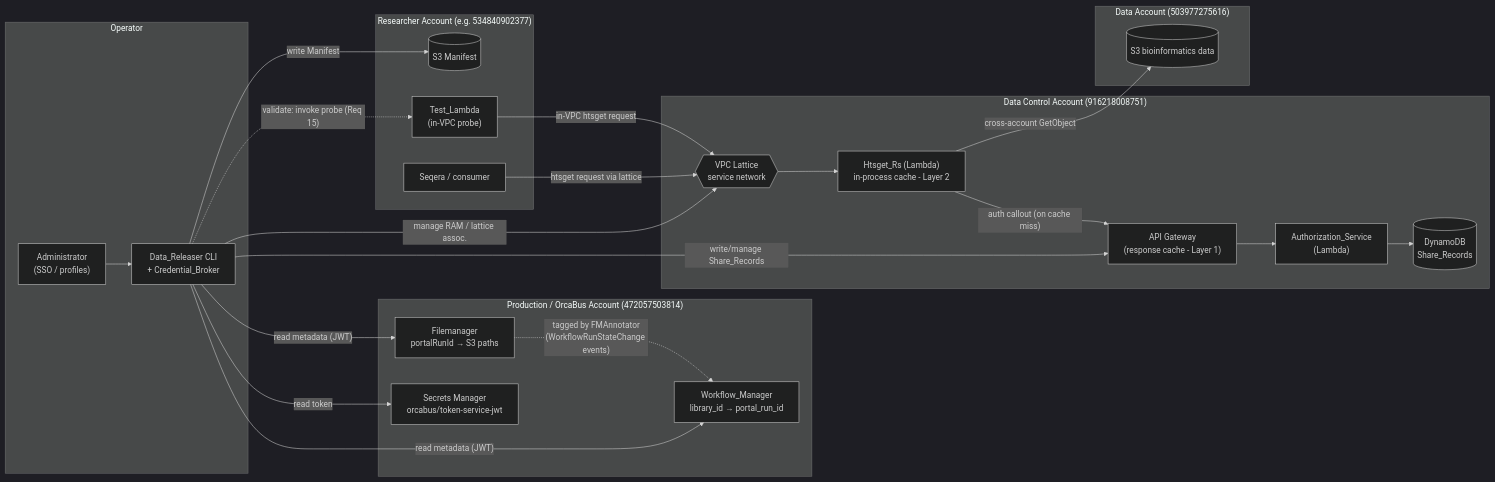
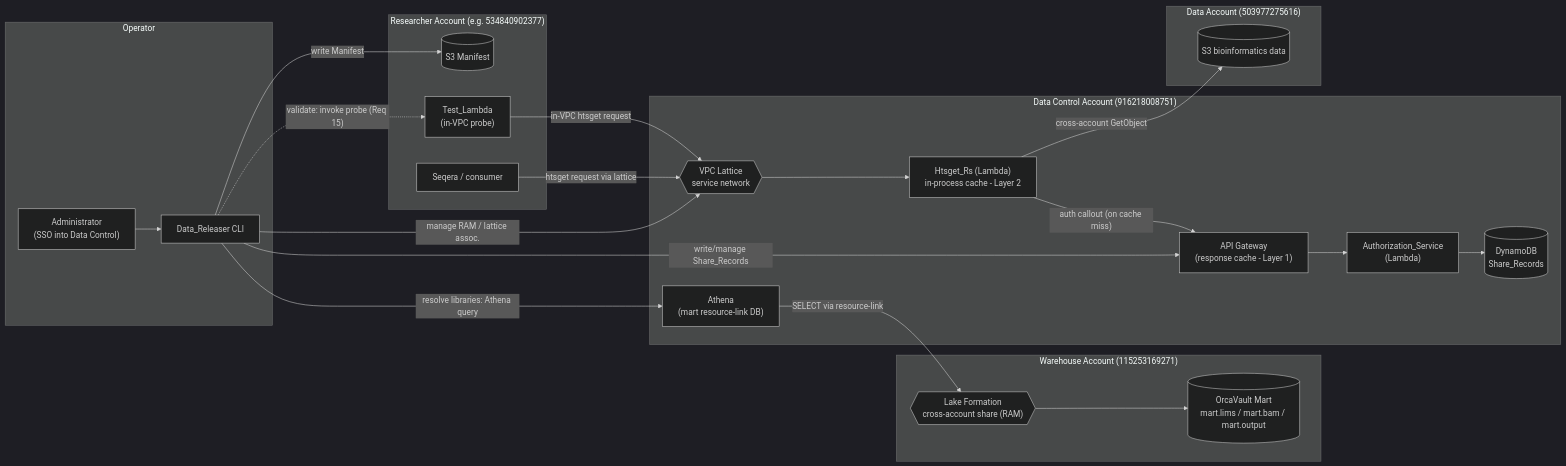
Before and after one commit to umccr/data-releaser: the first of 3 diagrams in .kiro/specs/data-releaser/design.md, drawn with Mermaid (dark theme). The commit also changed other lines of this file and 2 other files, not shown here.

````diff
--- a/.kiro/specs/data-releaser/design.md
+++ b/.kiro/specs/data-releaser/design.md
@@ -44,56 +48,55 @@
 ```mermaid
 flowchart LR
     subgraph OPS["Operator"]
-        ADMIN["Administrator<br/>(SSO / profiles)"]
-        CLI["Data_Releaser CLI<br/>+ Credential_Broker"]
+        ADMIN["Administrator<br/>(SSO into Data Control)"]
+        CLI["Data_Releaser CLI"]
     end
 
-    subgraph PROD["Production / OrcaBus Account (472057503814)"]
-        WFM["Workflow_Manager<br/>library_id → portal_run_id"]
-        FM["Filemanager<br/>portalRunId → S3 paths"]
-        SECRET["Secrets Manager<br/>orcabus/token-service-jwt"]
+    subgraph WH["Warehouse Account (115253169271)"]
+        OV[("OrcaVault Mart<br/>mart.lims / mart.bam / mart.output")]
+        LF{{"Lake Formation<br/>cross-account share (RAM)"}}
     end
 
     subgraph DC["Data Control Account (916218008751)"]
+        ATHENA["Athena<br/>(mart resource-link DB)"]
         APIGW["API Gateway<br/>(response cache - Layer 1)"]
         AUTH["Authorization_Service<br/>(Lambda)"]
         DDB[("DynamoDB<br/>Share_Records")]
         HTS["Htsget_Rs (Lambda)<br/>in-process cache - Layer 2"]
         LATTICE{{"VPC Lattice<br/>service network"}}
     end
 
     subgraph DATA["Data Account (503977275616)"]
         S3DATA[("S3 bioinformatics data")]
     end
 
     subgraph RES["Researcher Account (e.g. 534840902377)"]
         S3MAN[("S3 Manifest")]
         TESTL["Test_Lambda<br/>(in-VPC probe)"]
         SEQERA["Seqera / consumer"]
     end
 
     ADMIN --> CLI
 
     %% CLI credential-scoped flows (per-need role assumption)
-    CLI -->|"read metadata (JWT)"| WFM
-    CLI -->|"read metadata (JWT)"| FM
-    CLI -->|"read token"| SECRET
+    CLI -->|"resolve libraries: Athena query"| ATHENA
     CLI -->|"write/manage Share_Records"| APIGW
     CLI -->|"manage RAM / lattice assoc."| LATTICE
     CLI -->|"write Manifest"| S3MAN
     CLI -.->|"validate: invoke probe (Req 15)"| TESTL
+
+    %% Warehouse resolution path (Lake Formation share)
+    ATHENA -->|"SELECT via resource-link"| LF
+    LF --> OV
 
     %% Authorization data path
     APIGW --> AUTH
     AUTH --> DDB
 
     %% htsget request path
     SEQERA -->|"htsget request via lattice"| LATTICE
     LATTICE --> HTS
     HTS -->|"auth callout (on cache miss)"| APIGW
     HTS -->|"cross-account GetObject"| S3DATA
     TESTL -->|"in-VPC htsget request"| LATTICE
-
-    %% Annotation link (event-driven, not part of a share request)
-    FM -.->|"tagged by FMAnnotator<br/>(WorkflowRunStateChange events)"| WFM
 ```
````
